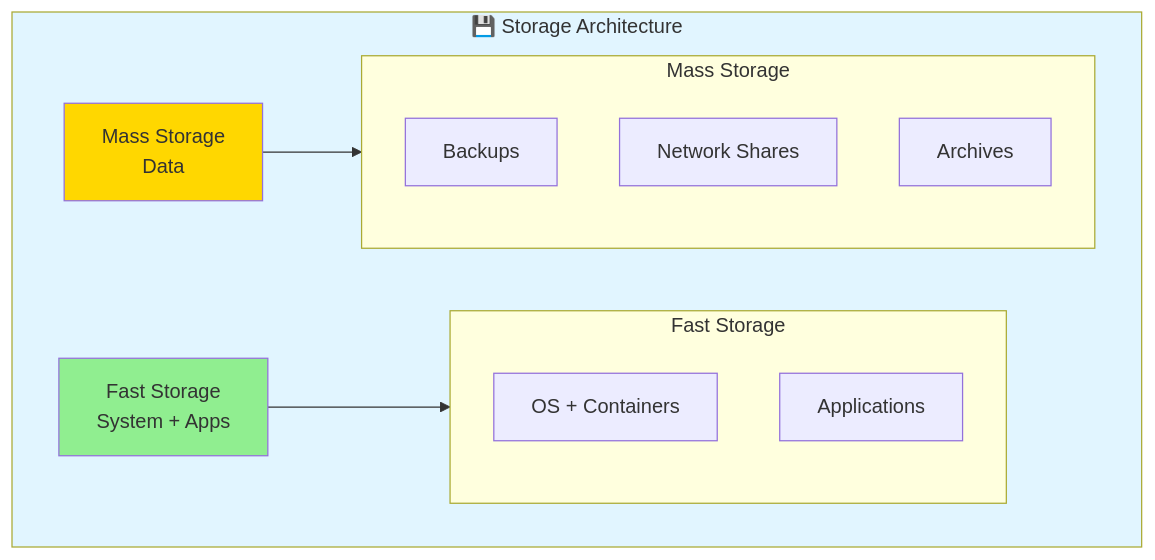
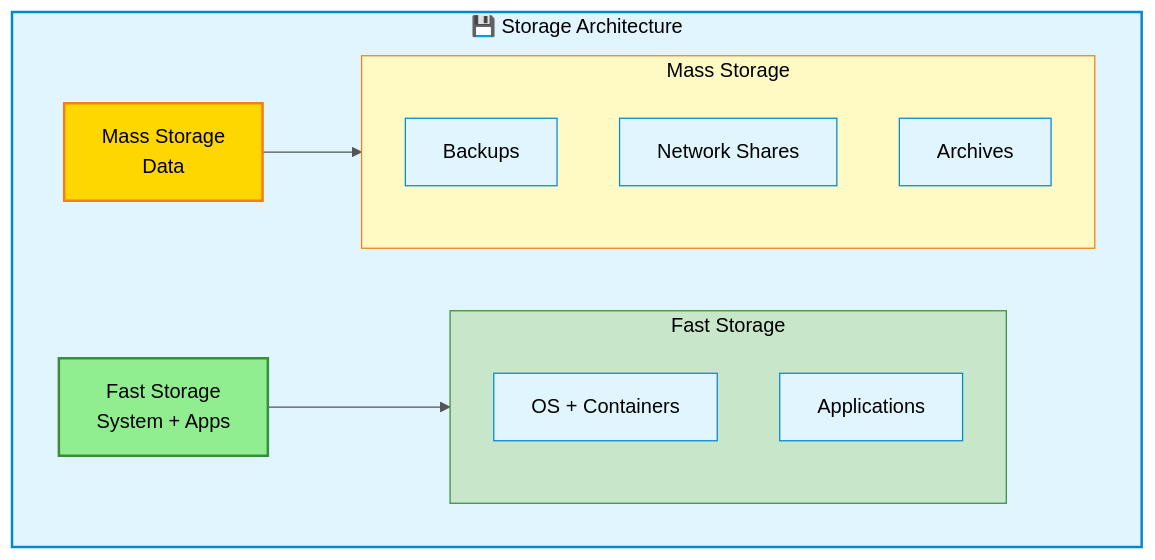
The fourth of 4 diagrams in README.md (VVHome/homelab-infrastructure), drawn with Mermaid before and after one commit. The commit also changed other lines of this file, not shown here.

Commit message:
Update README to enhance network architecture and service details

````diff
--- a/README.md
+++ b/README.md
@@ -214,25 +235,28 @@
 ```mermaid
+%%{init: {'theme':'base', 'themeVariables': { 'primaryColor':'#e1f5ff','primaryTextColor':'#000','primaryBorderColor':'#0288d1','lineColor':'#555','secondaryColor':'#90EE90','tertiaryColor':'#FFD700','noteTextColor':'#000'}}}%%
 graph TB
     subgraph Storage["💾 Storage Architecture"]
         Fast[Fast Storage<br/>System + Apps]
         Mass[Mass Storage<br/>Data]
         
         subgraph Fast_Data["Fast Storage"]
             OS[OS + Containers]
             Runtime[Applications]
         end
         
         subgraph Mass_Data["Mass Storage"]
             Backups[Backups]
             Shares[Network Shares]
             Archives[Archives]
         end
         
         Fast --> Fast_Data
         Mass --> Mass_Data
     end
     
-    style Storage fill:#e1f5ff
-    style Fast fill:#90EE90
-    style Mass fill:#FFD700
+    style Storage fill:#e1f5ff,stroke:#0288d1,stroke-width:2px,color:#000
+    style Fast fill:#90EE90,stroke:#388e3c,stroke-width:2px,color:#000
+    style Mass fill:#FFD700,stroke:#f57f17,stroke-width:2px,color:#000
+    style Fast_Data fill:#c8e6c9,stroke:#388e3c,color:#000
+    style Mass_Data fill:#fff9c4,stroke:#f57f17,color:#000
 ```
````
